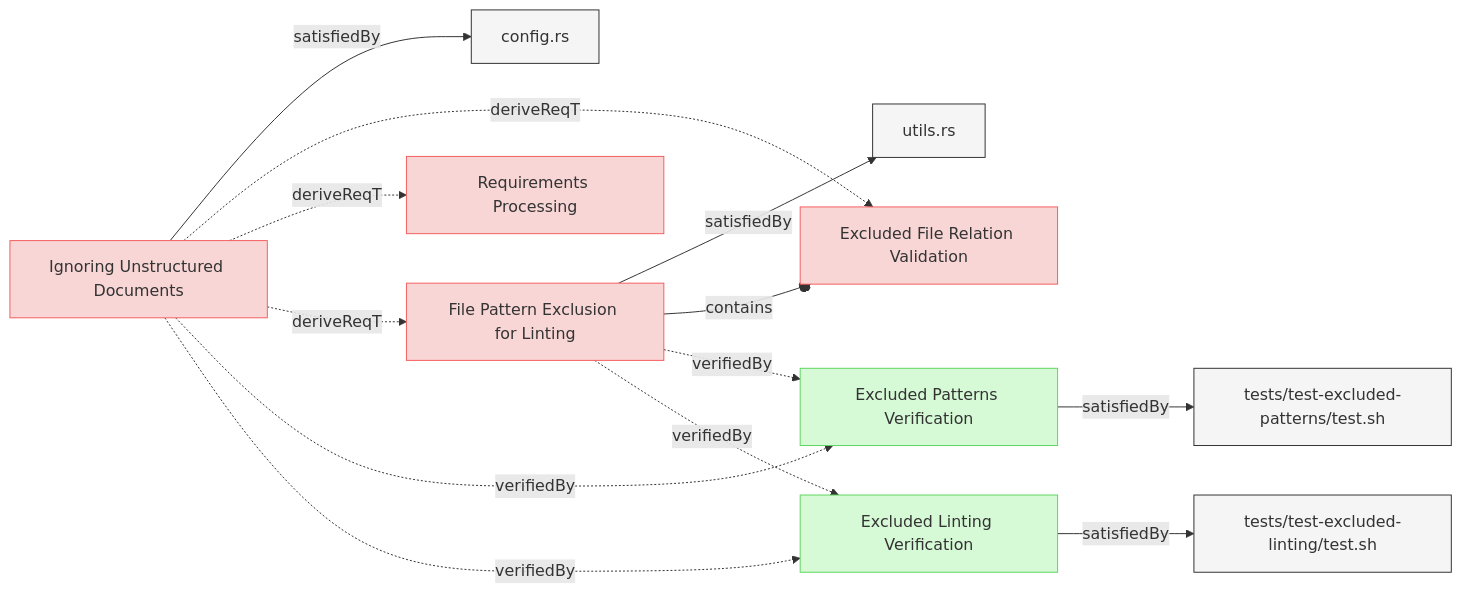
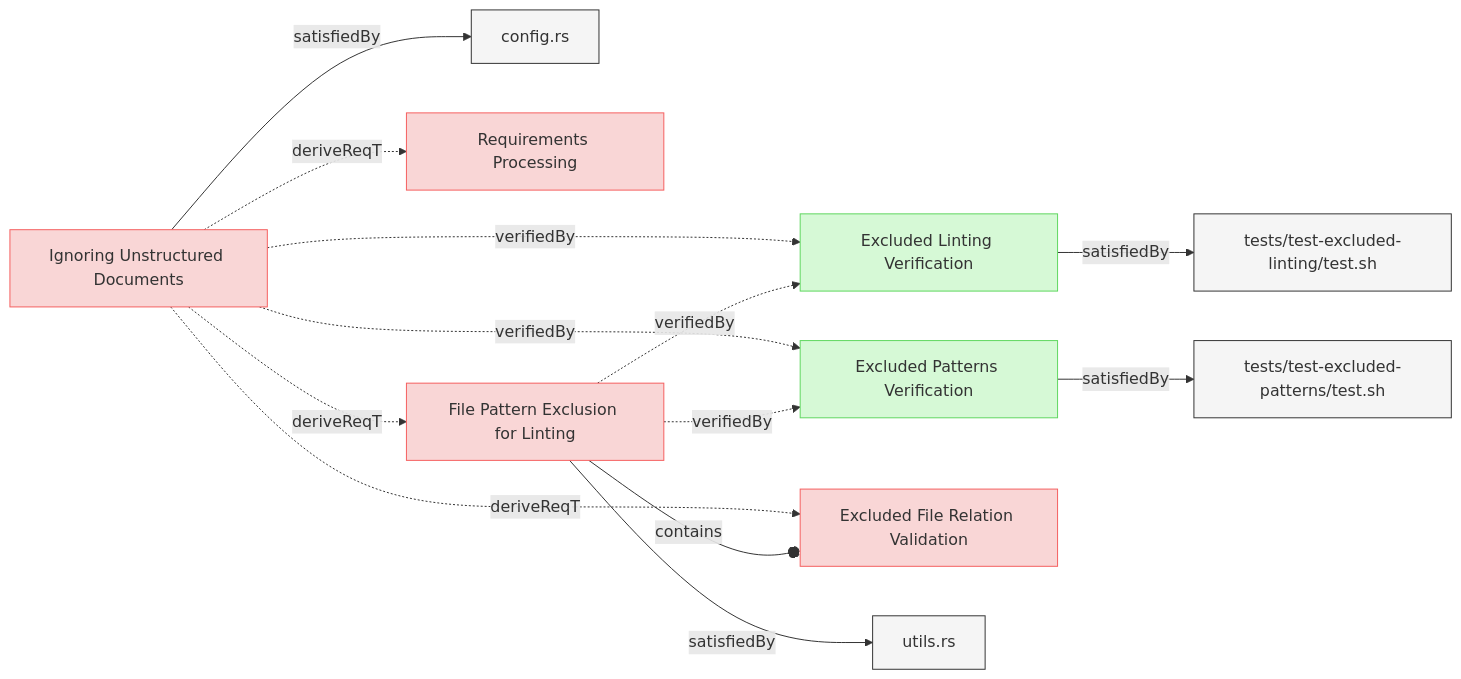
One commit to reqvire-org/reqvire changed the third of 3 diagrams in specifications/Verifications/LintingTests.md. Above: the diagram before and after it, drawn with Mermaid. The commit also changed other lines of this file and 23 other files, not shown here.

````diff
--- a/specifications/Verifications/LintingTests.md
+++ b/specifications/Verifications/LintingTests.md
@@ -268,51 +268,51 @@
 ```mermaid
 graph LR;
   %% Graph styling
   classDef requirement fill:#f9d6d6,stroke:#f55f5f,stroke-width:1px;
   classDef verification fill:#d6f9d6,stroke:#5fd75f,stroke-width:1px;
   classDef externalLink fill:#d0e0ff,stroke:#3080ff,stroke-width:1px;
   classDef default fill:#f5f5f5,stroke:#333333,stroke-width:1px;
 
+  71b5a1d5e278aa8e["Excluded Linting Verification"];
+  class 71b5a1d5e278aa8e verification;
+  click 71b5a1d5e278aa8e "LintingTests.md#excluded-linting-verification";
+  de8bc63ebb2a09e7["tests/test-excluded-linting/test.sh"];
+  class de8bc63ebb2a09e7 default;
+  click de8bc63ebb2a09e7 "../../tests/test-excluded-linting/test.sh";
+  71b5a1d5e278aa8e -->|satisfiedBy| de8bc63ebb2a09e7;
   590a4cc1c558992f["Excluded Patterns Verification"];
   class 590a4cc1c558992f verification;
   click 590a4cc1c558992f "LintingTests.md#excluded-patterns-verification";
   a29e69e90fa71f39["tests/test-excluded-patterns/test.sh"];
   class a29e69e90fa71f39 default;
   click a29e69e90fa71f39 "../../tests/test-excluded-patterns/test.sh";
   590a4cc1c558992f -->|satisfiedBy| a29e69e90fa71f39;
-  71b5a1d5e278aa8e["Excluded Linting Verification"];
-  class 71b5a1d5e278aa8e verification;
-  click 71b5a1d5e278aa8e "LintingTests.md#excluded-linting-verification";
-  de8bc63ebb2a09e7["tests/test-excluded-linting/test.sh"];
-  class de8bc63ebb2a09e7 default;
-  click de8bc63ebb2a09e7 "../../tests/test-excluded-linting/test.sh";
-  71b5a1d5e278aa8e -->|satisfiedBy| de8bc63ebb2a09e7;
-  bef37c31db69b66a["File Pattern Exclusion for Linting"];
-  class bef37c31db69b66a requirement;
-  click bef37c31db69b66a "../SystemRequirements/Requirements.md#file-pattern-exclusion-for-linting";
-  ce2625feec883e55["utils.rs"];
-  class ce2625feec883e55 default;
-  click ce2625feec883e55 "../../core/src/utils.rs";
-  bef37c31db69b66a -->|satisfiedBy| ce2625feec883e55;
-  929c6c204cb3fedb["Excluded File Relation Validation"];
-  class 929c6c204cb3fedb requirement;
-  click 929c6c204cb3fedb "../SystemRequirements/Requirements.md#excluded-file-relation-validation";
-  bef37c31db69b66a --o|contains| 929c6c204cb3fedb;
-  bef37c31db69b66a -.->|verifiedBy| 590a4cc1c558992f;
-  bef37c31db69b66a -.->|verifiedBy| 71b5a1d5e278aa8e;
   be83c2991e9535c7["Ignoring Unstructured Documents"];
   class be83c2991e9535c7 requirement;
   click be83c2991e9535c7 "../SystemRequirements/Requirements.md#ignoring-unstructured-documents";
   8419dcc77d92b609["config.rs"];
   class 8419dcc77d92b609 default;
   click 8419dcc77d92b609 "../../cli/src/config.rs";
   be83c2991e9535c7 -->|satisfiedBy| 8419dcc77d92b609;
-  be83c2991e9535c7 -.->|deriveReqT| 929c6c204cb3fedb;
+  be83c2991e9535c7 -.->|verifiedBy| 71b5a1d5e278aa8e;
   bed8d0948b3e5ccd["Requirements Processing"];
   class bed8d0948b3e5ccd requirement;
   click bed8d0948b3e5ccd "../SystemRequirements/Requirements.md#requirements-processing";
   be83c2991e9535c7 -.->|deriveReqT| bed8d0948b3e5ccd;
+  be83c2991e9535c7 -.->|verifiedBy| 590a4cc1c558992f;
+  bef37c31db69b66a["File Pattern Exclusion for Linting"];
+  class bef37c31db69b66a requirement;
+  click bef37c31db69b66a "../SystemRequirements/Requirements.md#file-pattern-exclusion-for-linting";
   be83c2991e9535c7 -.->|deriveReqT| bef37c31db69b66a;
-  be83c2991e9535c7 -.->|verifiedBy| 590a4cc1c558992f;
-  be83c2991e9535c7 -.->|verifiedBy| 71b5a1d5e278aa8e;
+  929c6c204cb3fedb["Excluded File Relation Validation"];
+  class 929c6c204cb3fedb requirement;
+  click 929c6c204cb3fedb "../SystemRequirements/Requirements.md#excluded-file-relation-validation";
+  be83c2991e9535c7 -.->|deriveReqT| 929c6c204cb3fedb;
+  ce2625feec883e55["utils.rs"];
+  class ce2625feec883e55 default;
+  click ce2625feec883e55 "../../core/src/utils.rs";
+  bef37c31db69b66a -->|satisfiedBy| ce2625feec883e55;
+  bef37c31db69b66a -.->|verifiedBy| 71b5a1d5e278aa8e;
+  bef37c31db69b66a -.->|verifiedBy| 590a4cc1c558992f;
+  bef37c31db69b66a --o|contains| 929c6c204cb3fedb;
 ```
````
